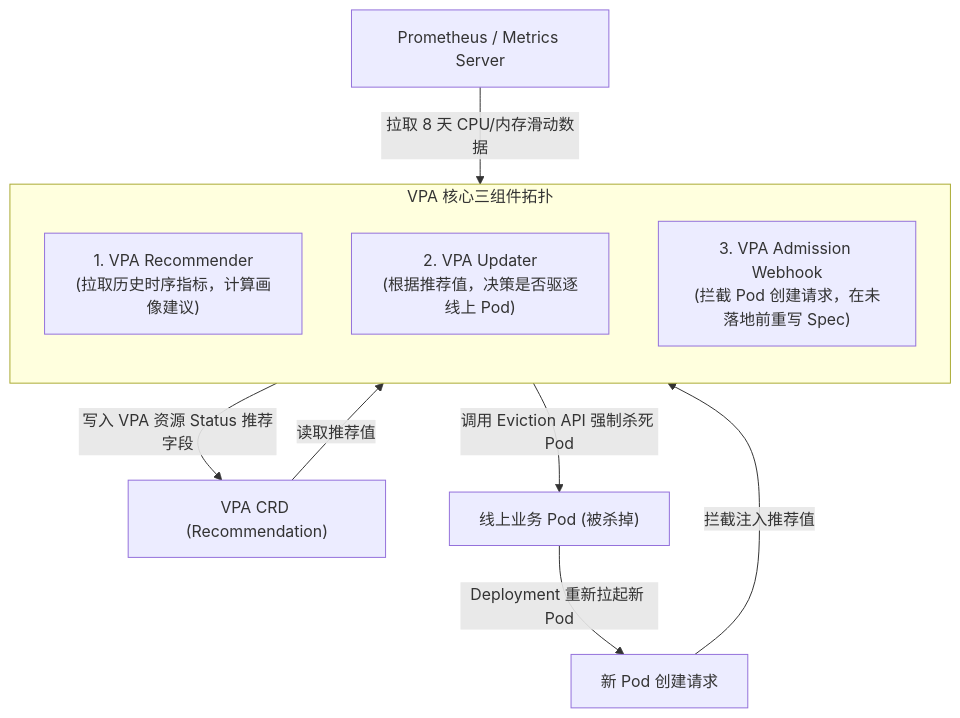
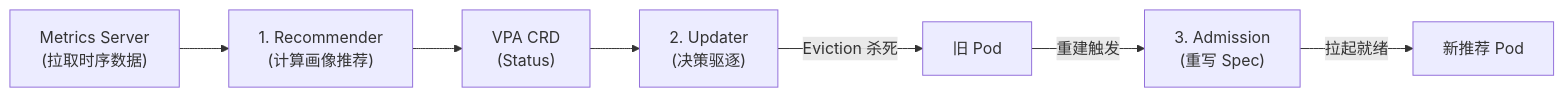
Before and after one commit to MoreConsequence/MoreConsequence.github.io: the third of 5 diagrams in content/posts/kubernetes-internals/k8s-19-finops-vpa-in-place-pod-resize.md, drawn with Mermaid. The commit also changed other lines of this file and 835 other files, not shown here.

First line of the commit message:
feat(blog): 全站33篇新增深度专栏与博文全量审核上线及矢量图表优化

````diff
--- a/content/posts/kubernetes-internals/k8s-19-finops-vpa-in-place-pod-resize.md
+++ b/content/posts/kubernetes-internals/k8s-19-finops-vpa-in-place-pod-resize.md
@@ -104,18 +107,9 @@
 ```mermaid
-flowchart TB
-    subgraph VPAArchitecture["VPA 核心三组件拓扑"]
-        direction TB
-        VPARecommender["1. VPA Recommender<br>(拉取历史时序指标，计算画像建议)"]
-        VPAUpdater["2. VPA Updater<br>(根据推荐值，决策是否驱逐线上 Pod)"]
-        VPAAdmission["3. VPA Admission Webhook<br>(拦截 Pod 创建请求，在未落地前重写 Spec)"]
-    end
-
-    MetricsServer["Prometheus / Metrics Server"] -->|"拉取 8 天 CPU/内存滑动数据"| VPARecommender
-    VPARecommender -->|"写入 VPA 资源 Status 推荐字段"| VPACRD["VPA CRD (Recommendation)"]
-    
-    VPACRD -->|"读取推荐值"| VPAUpdater
-    VPAUpdater -->|"调用 Eviction API 强制杀死 Pod"| VictimPod["线上业务 Pod (被杀掉)"]
-    
-    VictimPod -->|"Deployment 重新拉起新 Pod"| NewPodReq["新 Pod 创建请求"]
-    NewPodReq -->|"拦截注入推荐值"| VPAAdmission
+flowchart LR
+    Metrics["Metrics Server<br/>(拉取时序数据)"] --> Recommender["1. Recommender<br/>(计算画像推荐)"]
+    Recommender --> VPACRD["VPA CRD<br/>(Status)"]
+    VPACRD --> Updater["2. Updater<br/>(决策驱逐)"]
+    Updater -->|"Eviction 杀死"| VictimPod["旧 Pod"]
+    VictimPod -->|"重建触发"| Admission["3. Admission<br/>(重写 Spec)"]
+    Admission -->|"拉起就绪"| NewPod["新推荐 Pod"]
 ```
````
